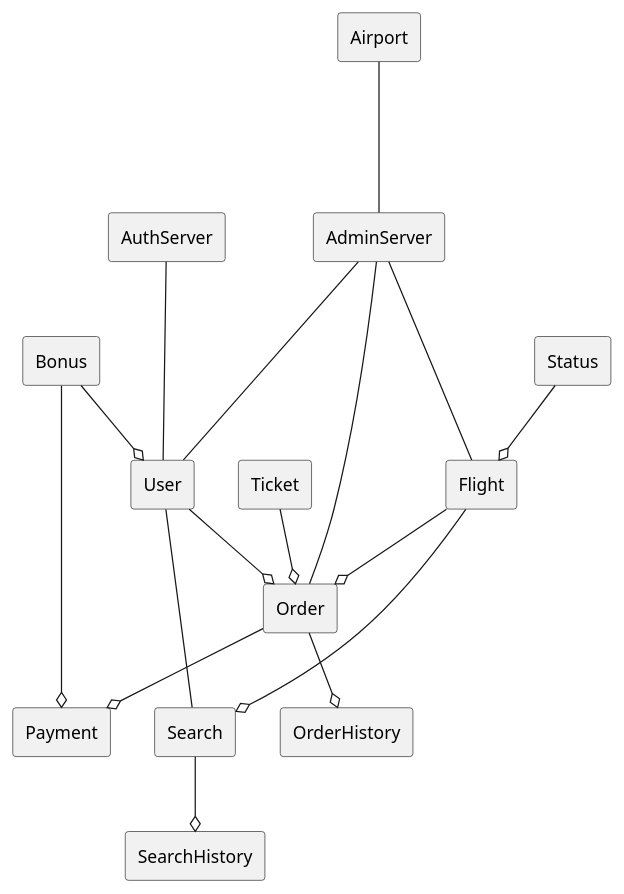
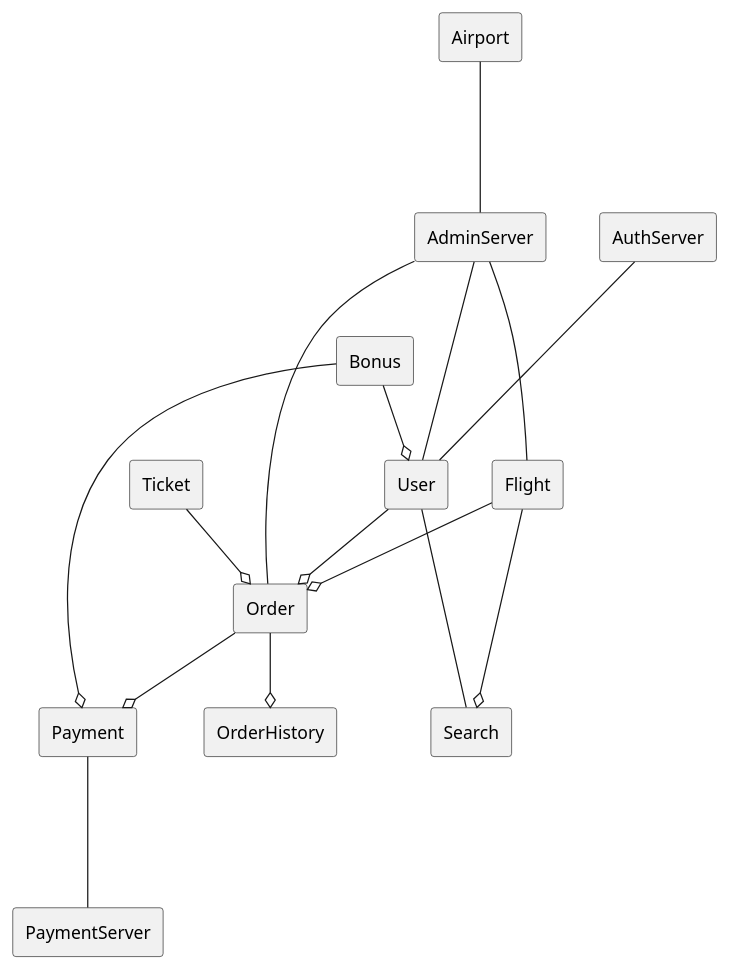
Before and after one commit to carexoid/se-lab: the diagram in doc/architecture/model/plain.puml, drawn with PlantUML. The commit also changed 4 other files, not shown here.

Commit message:
[#8] added sequence diagram

```diff
--- a/doc/architecture/model/plain.puml
+++ b/doc/architecture/model/plain.puml
@@ -1,34 +1,32 @@
 @startuml plain
 
 agent User
 agent Order
 agent OrderHistory
 agent Airport
 agent Flight
 agent Payment
 agent Ticket
 agent AdminServer
 agent AuthServer
+agent PaymentServer
 agent Bonus
-agent Status
 agent Search
-agent SearchHistory
 
 Order        --o OrderHistory
 Order        --o Payment
 Flight       --o Order
 Ticket       --o Order
 Flight       --o Search
 User         --- Search
-Status       --o Flight
 User         --o Order
 AuthServer   --- User
 AdminServer  --- Flight
 AdminServer  --- User
 AdminServer  --- Order
 Bonus        --o User
 Bonus        --o Payment
-Search       --o SearchHistory
 Airport      --- AdminServer
+Payment      --- PaymentServer
 
 @enduml
```
